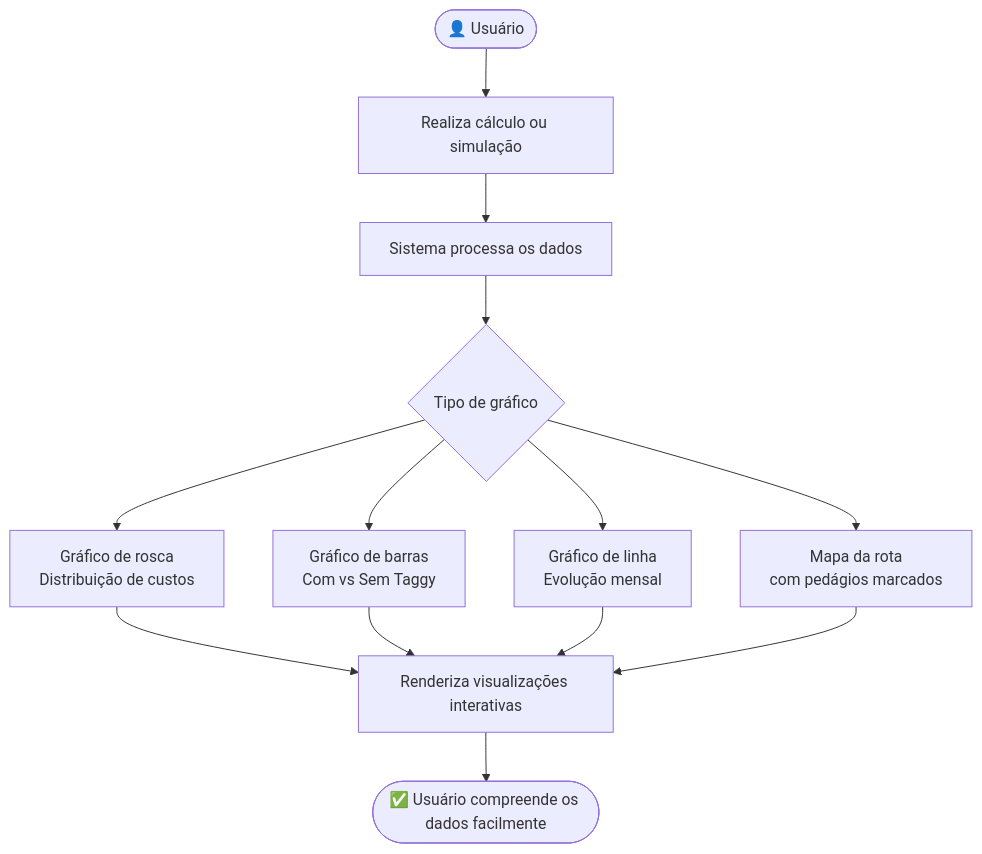
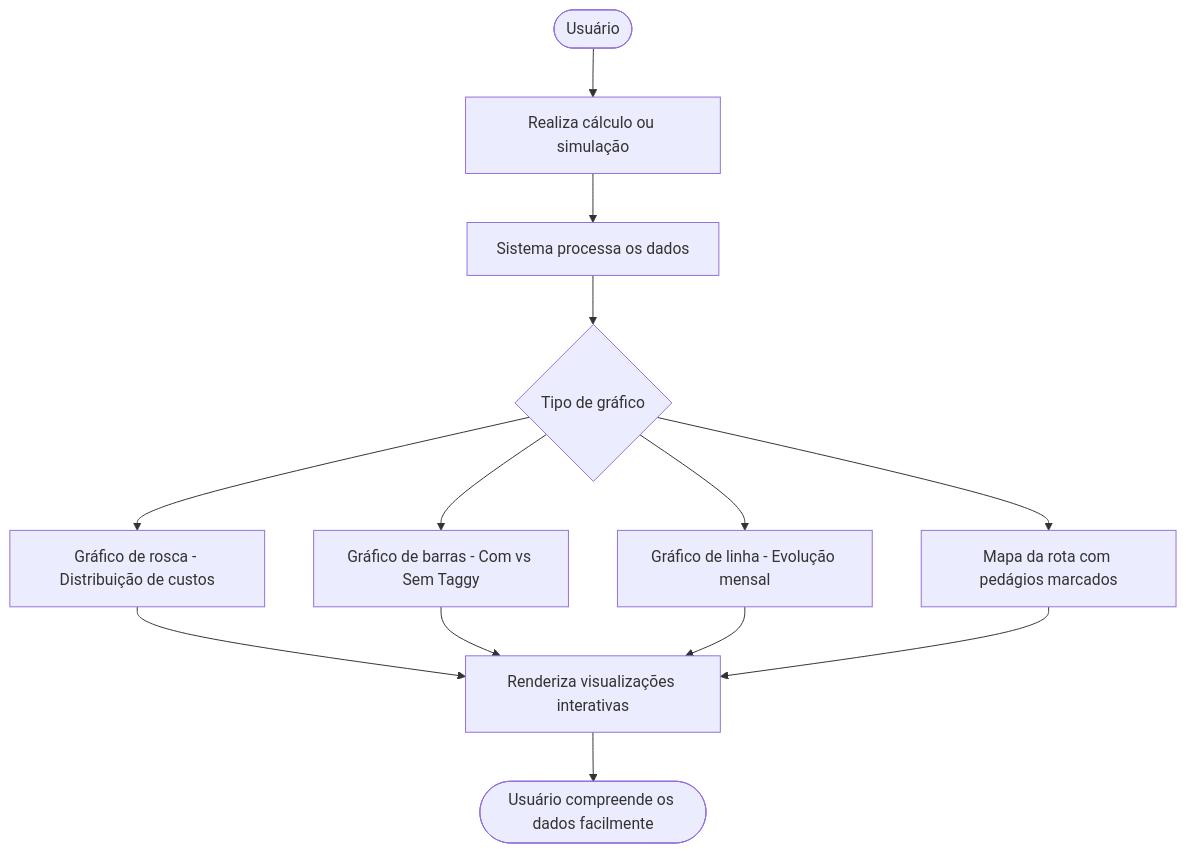
The seventh of 10 diagrams in README.md (gabriellucasknp/Carbon-Defuse), drawn with Mermaid before and after one commit. The commit also changed other lines of this file, not shown here.

Commit message:
Fix formatting and improve user story diagrams

````diff
--- a/README.md
+++ b/README.md
@@ -354,12 +354,12 @@
 ```mermaid
 flowchart TD
-    A([👤 Usuário]) --> B[Realiza cálculo ou simulação]
+    A([Usuário]) --> B[Realiza cálculo ou simulação]
     B --> C[Sistema processa os dados]
     C --> D{Tipo de gráfico}
-    D --> E[ Gráfico de rosca\nDistribuição de custos]
-    D --> F[ Gráfico de barras\nCom vs Sem Taggy]
-    D --> G[ Gráfico de linha\nEvolução mensal]
-    D --> H[ Mapa da rota\ncom pedágios marcados]
+    D --> E[Gráfico de rosca - Distribuição de custos]
+    D --> F[Gráfico de barras - Com vs Sem Taggy]
+    D --> G[Gráfico de linha - Evolução mensal]
+    D --> H[Mapa da rota com pedágios marcados]
     E & F & G & H --> I[Renderiza visualizações interativas]
-    I --> J([✅ Usuário compreende os dados facilmente])
+    I --> J([Usuário compreende os dados facilmente])
 ```
````
